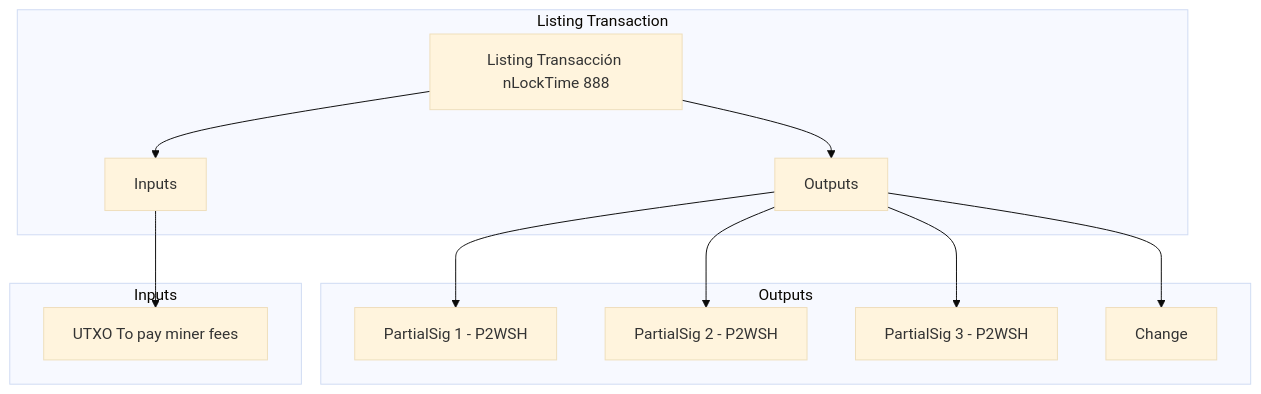
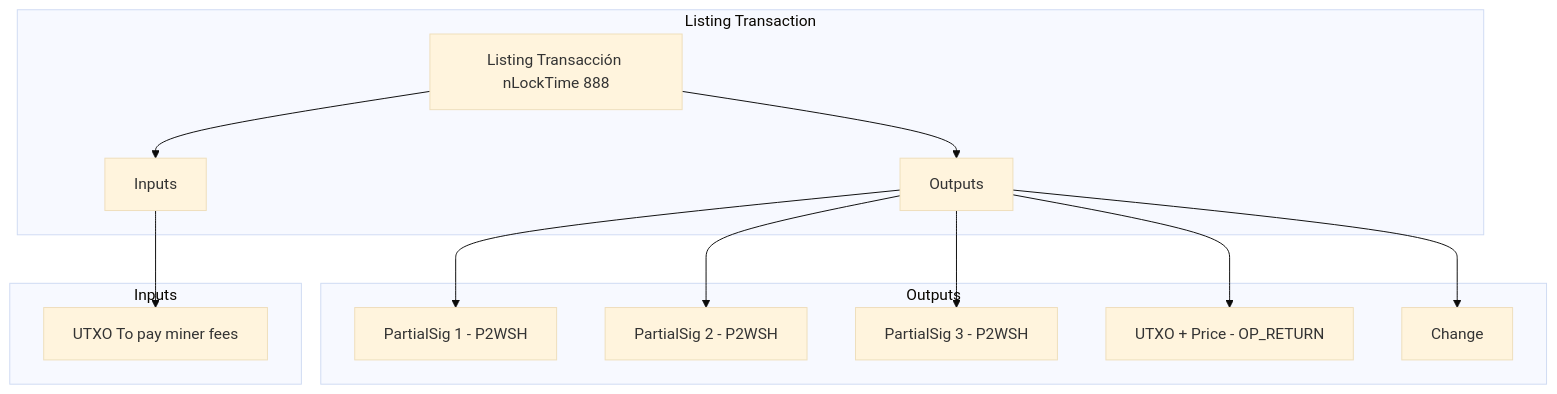
The first of 2 diagrams in README.md (JavierCervilla/BTC_OPENBOOK), drawn with Mermaid (base theme) before and after one commit.

````diff
--- a/README.md
+++ b/README.md
@@ -38,27 +38,28 @@
 ```mermaid
 graph TB
     subgraph Listing Transaction
         A[Listing Transacción nLockTime 888]
         A --> B[Inputs]
         A --> C[Outputs]
     end
 
     %% Outputs
     subgraph Outputs
         C1[PartialSig 1 - P2WSH]
         C2[PartialSig 2 - P2WSH]
         C3[PartialSig 3 - P2WSH]
         C4[UTXO + Price - OP_RETURN]
-        C4[Change]
+        C5[Change]
         C --> C1
         C --> C2
         C --> C3
         C --> C4
+        C --> C5
     end
 
     %% Inputs
     subgraph Inputs
         B1[UTXO To pay miner fees]
         B --> B1
     end
 ```
````
